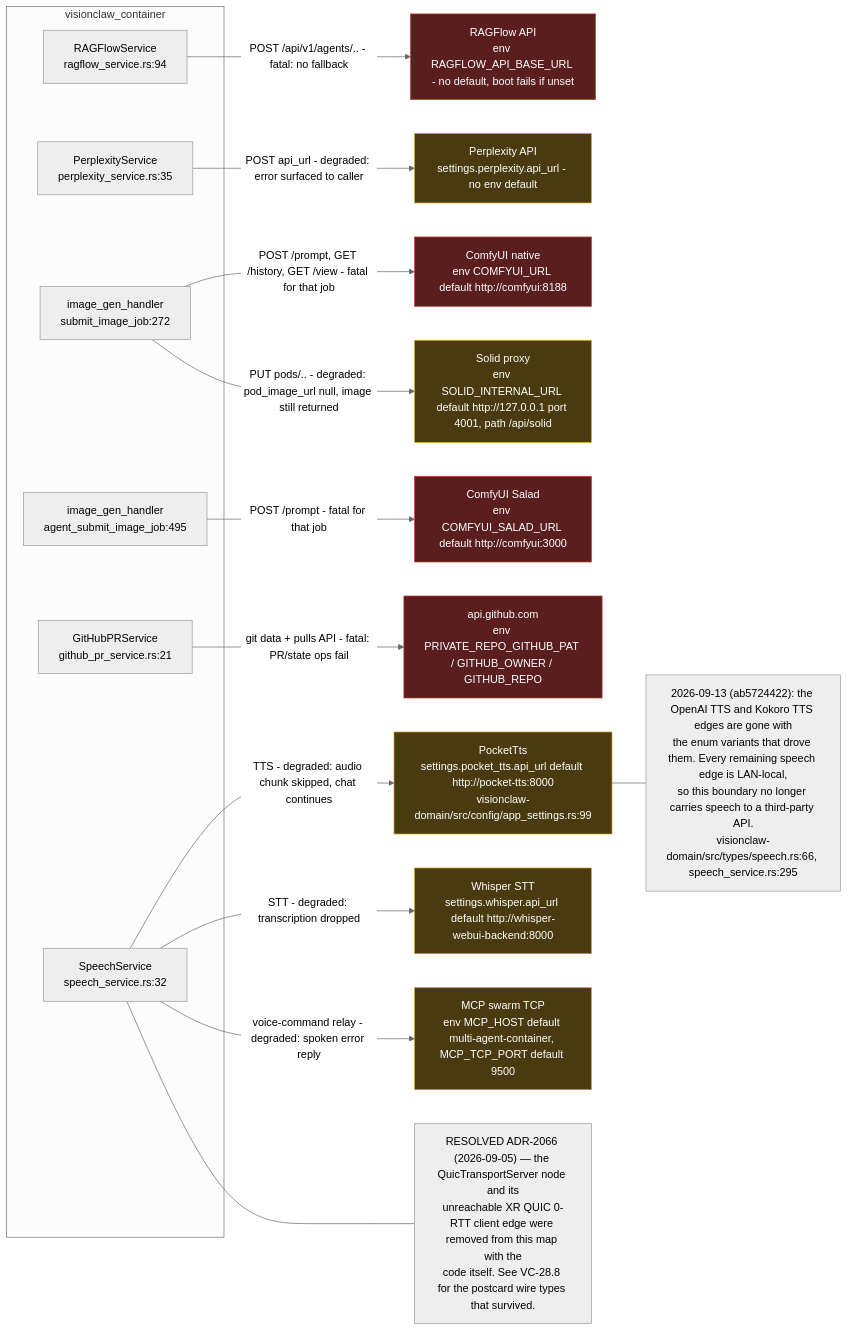
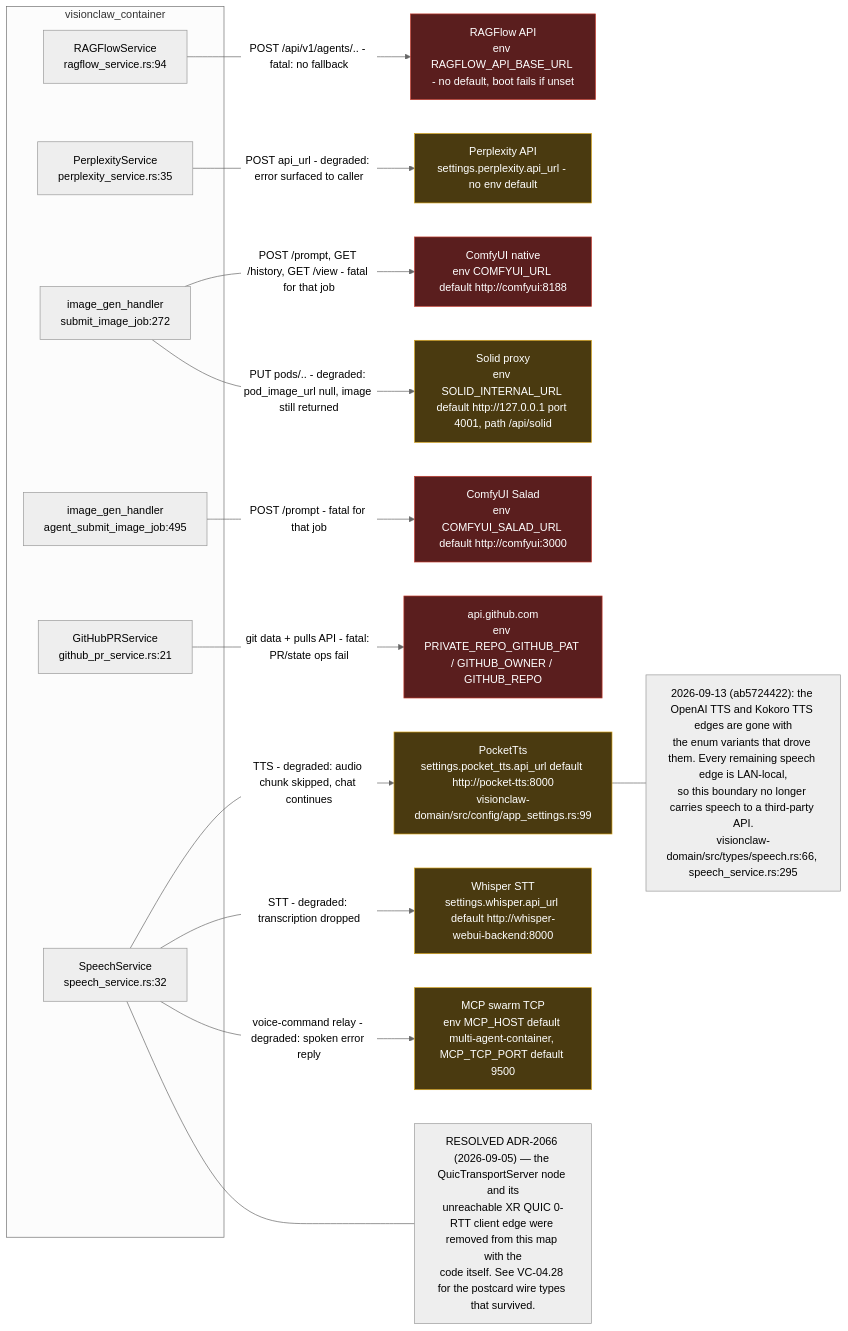
Before and after one commit to DreamLab-AI/VisionFlow: the eighth of 8 diagrams in docs/diagrams/visionclaw/28-external-services.md, drawn with Mermaid (neutral theme). The commit also changed other lines of this file and 136 other files, not shown here.

First line of the commit message:
docs(diagrams): refresh the whole corpus to code HEAD and prune low-value diagrams

````diff
--- a/docs/diagrams/visionclaw/28-external-services.md
+++ b/docs/diagrams/visionclaw/28-external-services.md
@@ -405,41 +380,41 @@
 ```mermaid
 flowchart LR
     subgraph app["visionclaw_container"]
         RS["RAGFlowService<br/>ragflow_service.rs:94"]
         PS["PerplexityService<br/>perplexity_service.rs:35"]
         IG["image_gen_handler<br/>submit_image_job:272"]
         AG["image_gen_handler<br/>agent_submit_image_job:495"]
         GH["GitHubPRService<br/>github_pr_service.rs:21"]
         SS["SpeechService<br/>speech_service.rs:32"]
     end
 
     RF["RAGFlow API<br/>env RAGFLOW_API_BASE_URL - no default, boot fails if unset"]
     PX["Perplexity API<br/>settings.perplexity.api_url - no env default"]
     CFU["ComfyUI native<br/>env COMFYUI_URL default http://comfyui:8188"]
     CFS["ComfyUI Salad<br/>env COMFYUI_SALAD_URL default http://comfyui:3000"]
     SOL["Solid proxy<br/>env SOLID_INTERNAL_URL default http://127.0.0.1 port 4001, path /api/solid"]
     GHA["api.github.com<br/>env PRIVATE_REPO_GITHUB_PAT / GITHUB_OWNER / GITHUB_REPO"]
     PT["PocketTts<br/>settings.pocket_tts.api_url default http://pocket-tts:8000<br/>visionclaw-domain/src/config/app_settings.rs:99"]
     WHI["Whisper STT<br/>settings.whisper.api_url default http://whisper-webui-backend:8000"]
     MCPS["MCP swarm TCP<br/>env MCP_HOST default multi-agent-container, MCP_TCP_PORT default 9500"]
 
     RS -->|"POST /api/v1/agents/.. - fatal: no fallback"| RF
     PS -->|"POST api_url - degraded: error surfaced to caller"| PX
     IG -->|"POST /prompt, GET /history, GET /view - fatal for that job"| CFU
     AG -->|"POST /prompt - fatal for that job"| CFS
     IG -->|"PUT pods/.. - degraded: pod_image_url null, image still returned"| SOL
     GH -->|"git data + pulls API - fatal: PR/state ops fail"| GHA
     SS -->|"TTS - degraded: audio chunk skipped, chat continues"| PT
     SS -->|"STT - degraded: transcription dropped"| WHI
     SS -->|"voice-command relay - degraded: spoken error reply"| MCPS
 
-    N1["RESOLVED ADR-2066 (2026-09-05) — the QuicTransportServer node and its<br/>unreachable XR QUIC 0-RTT client edge were removed from this map with the<br/>code itself. See VC-28.8 for the postcard wire types that survived."]
+    N1["RESOLVED ADR-2066 (2026-09-05) — the QuicTransportServer node and its<br/>unreachable XR QUIC 0-RTT client edge were removed from this map with the<br/>code itself. See VC-04.28 for the postcard wire types that survived."]
     SS --- N1
     N2["2026-09-13 (ab5724422): the OpenAI TTS and Kokoro TTS edges are gone with<br/>the enum variants that drove them. Every remaining speech edge is LAN-local,<br/>so this boundary no longer carries speech to a third-party API.<br/>visionclaw-domain/src/types/speech.rs:66, speech_service.rs:295"]
     PT --- N2
 
     classDef fatal fill:#5a1e1e,stroke:#c0392b,color:#fff
     classDef degraded fill:#4a3a10,stroke:#d4a017,color:#fff
     class RF,GHA,CFU,CFS fatal
     class PX,SOL,PT,WHI,MCPS degraded
 ```
````
